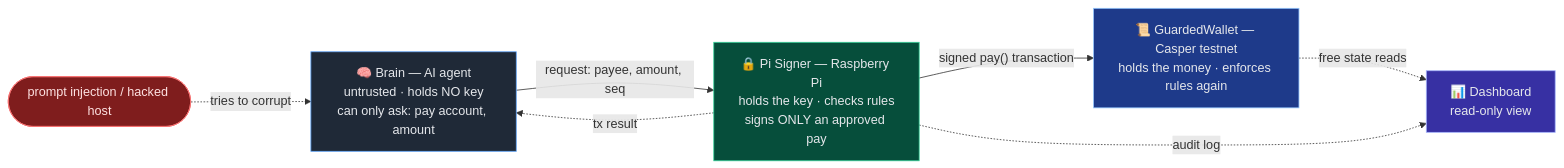
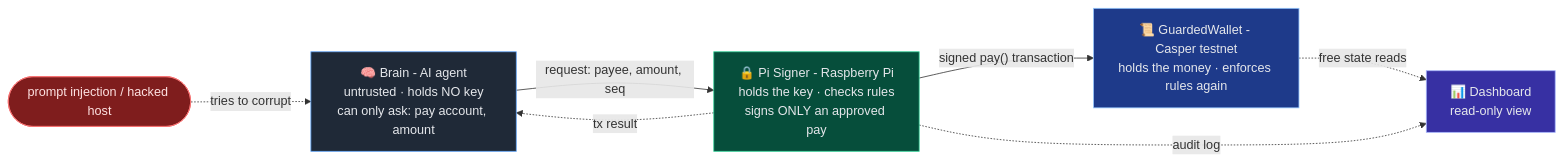
Before and after one commit to zytfo/aegis: the diagram in README.md, drawn with Mermaid. The commit also changed other lines of this file and 4 other files, not shown here.

````diff
--- a/README.md
+++ b/README.md
@@ -29,21 +29,21 @@
 ```mermaid
 flowchart LR
     inj([prompt injection / hacked host]):::bad -.->|tries to corrupt| brain
 
-    brain["🧠 Brain — AI agent<br/>untrusted · holds NO key<br/>can only ask: pay account, amount"]:::brain
-    pi["🔒 Pi Signer — Raspberry Pi<br/>holds the key · checks rules<br/>signs ONLY an approved pay"]:::pi
-    contract["📜 GuardedWallet — Casper testnet<br/>holds the money · enforces rules again"]:::chain
+    brain["🧠 Brain - AI agent<br/>untrusted · holds NO key<br/>can only ask: pay account, amount"]:::brain
+    pi["🔒 Pi Signer - Raspberry Pi<br/>holds the key · checks rules<br/>signs ONLY an approved pay"]:::pi
+    contract["📜 GuardedWallet - Casper testnet<br/>holds the money · enforces rules again"]:::chain
     dash["📊 Dashboard<br/>read-only view"]:::dash
 
     brain -->|"request: payee, amount, seq"| pi
     pi -->|"signed pay() transaction"| contract
     pi -.->|"tx result"| brain
     contract -.->|"free state reads"| dash
     pi -.->|"audit log"| dash
 
     classDef brain fill:#1f2937,stroke:#60a5fa,color:#e5e7eb;
     classDef pi fill:#064e3b,stroke:#34d399,color:#e5e7eb;
     classDef chain fill:#1e3a8a,stroke:#93c5fd,color:#e5e7eb;
     classDef dash fill:#3730a3,stroke:#a5b4fc,color:#e5e7eb;
     classDef bad fill:#7f1d1d,stroke:#f87171,color:#fee2e2;
 ```
````
